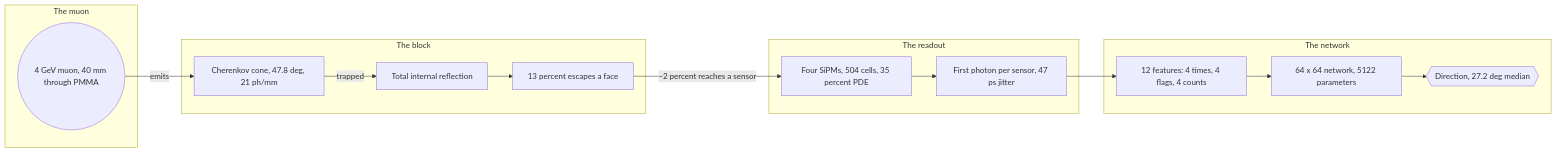
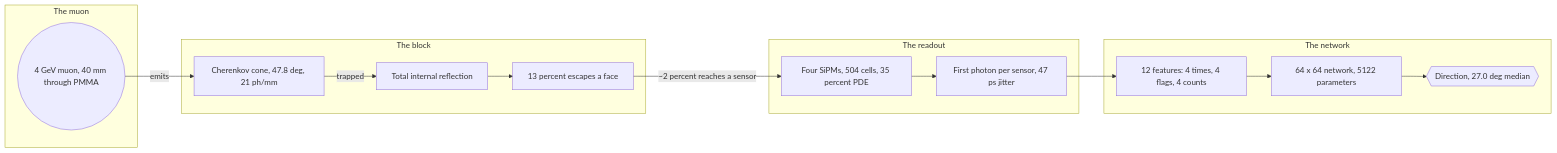
One commit to oskuhansson/CanLab changed the diagram in docs/muon/overview.md. Above: the diagram before and after it, drawn with Mermaid. The commit also changed other lines of this file and 8 other files, not shown here.

````diff
--- a/docs/muon/overview.md
+++ b/docs/muon/overview.md
@@ -31,28 +31,28 @@
 ```mermaid
 flowchart LR
     subgraph G_MUON["The muon"]
         MUON(("4 GeV muon, 40 mm through PMMA"))
     end
     subgraph G_LIGHT["The block"]
         CONE["Cherenkov cone, 47.8 deg, 21 ph/mm"]
         TIR["Total internal reflection"]
         FACE["13 percent escapes a face"]
     end
     subgraph G_SENSOR["The readout"]
         SIPM["Four SiPMs, 504 cells, 35 percent PDE"]
         TDC["First photon per sensor, 47 ps jitter"]
     end
     subgraph G_NET["The network"]
         FEAT["12 features: 4 times, 4 flags, 4 counts"]
         MLP["64 x 64 network, 5122 parameters"]
-        DIR{{"Direction, 27.2 deg median"}}
+        DIR{{"Direction, 27.0 deg median"}}
     end
     MUON -->|"emits"| CONE
     CONE -->|"trapped"| TIR
     TIR --> FACE
     FACE -->|"~2 percent reaches a sensor"| SIPM
     SIPM --> TDC
     TDC --> FEAT
     FEAT --> MLP
     MLP --> DIR
 ```
````
